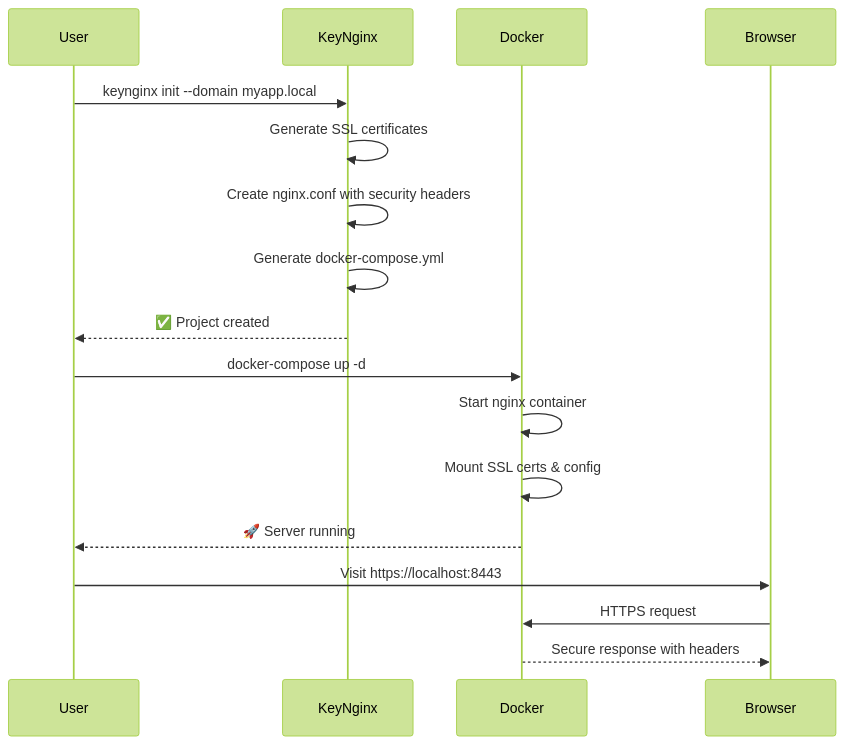
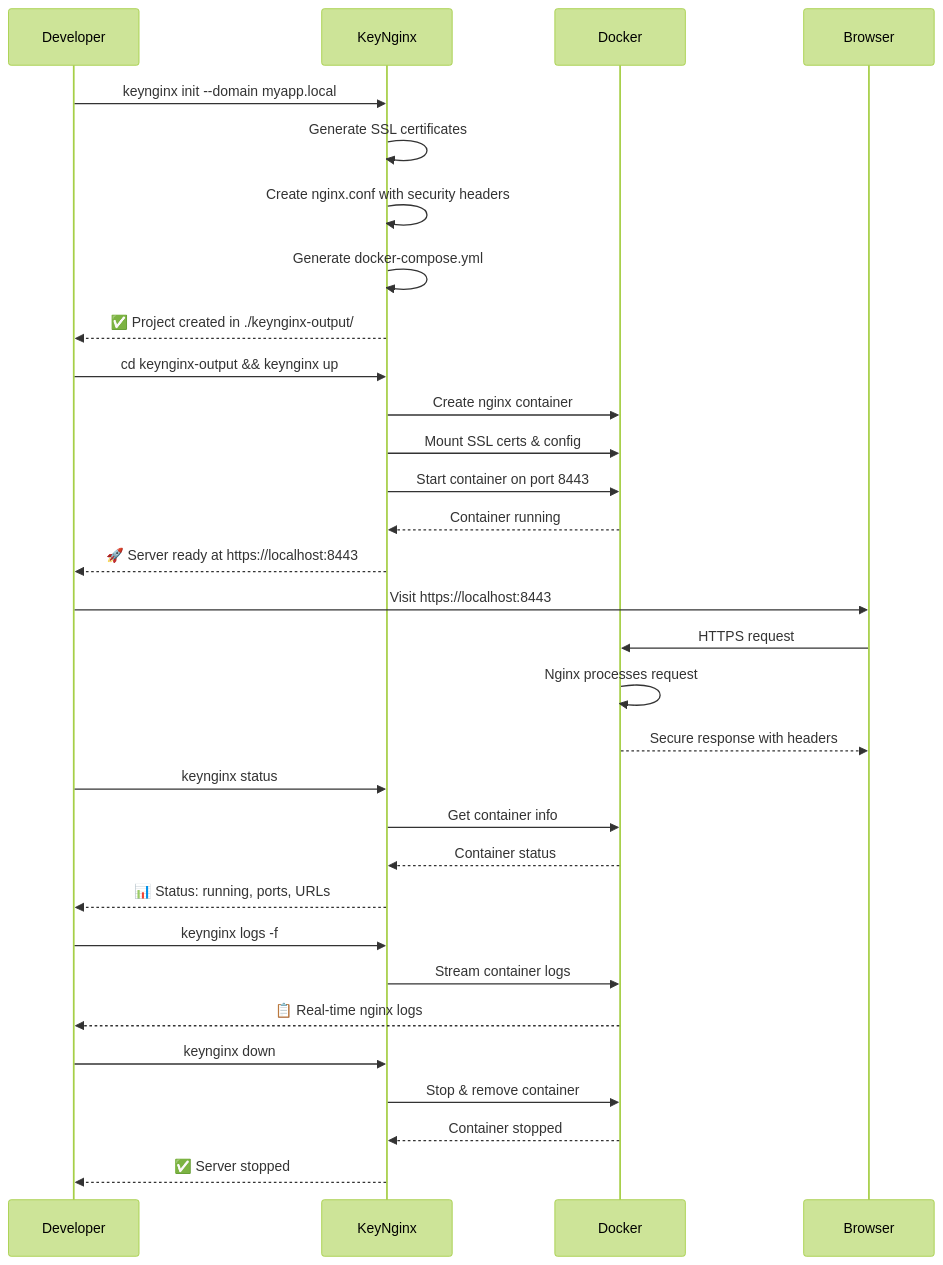
One commit to sinhaparth5/keynginx changed the second of 2 diagrams in README.md. Above: the diagram before and after it, drawn with Mermaid (forest theme). The commit also changed other lines of this file, not shown here.

````diff
--- a/README.md
+++ b/README.md
@@ -161,22 +290,39 @@
 ```mermaid
 sequenceDiagram
-    participant User
+    participant Dev as Developer
     participant KeyNginx
     participant Docker
     participant Browser
     
-    User->>KeyNginx: keynginx init --domain myapp.local
+    Dev->>KeyNginx: keynginx init --domain myapp.local
     KeyNginx->>KeyNginx: Generate SSL certificates
     KeyNginx->>KeyNginx: Create nginx.conf with security headers
     KeyNginx->>KeyNginx: Generate docker-compose.yml
-    KeyNginx-->>User: ✅ Project created
+    KeyNginx-->>Dev: ✅ Project created in ./keynginx-output/
     
-    User->>Docker: docker-compose up -d
-    Docker->>Docker: Start nginx container
-    Docker->>Docker: Mount SSL certs & config
-    Docker-->>User: 🚀 Server running
+    Dev->>KeyNginx: cd keynginx-output && keynginx up
+    KeyNginx->>Docker: Create nginx container
+    KeyNginx->>Docker: Mount SSL certs & config
+    KeyNginx->>Docker: Start container on port 8443
+    Docker-->>KeyNginx: Container running
+    KeyNginx-->>Dev: 🚀 Server ready at https://localhost:8443
     
-    User->>Browser: Visit https://localhost:8443
+    Dev->>Browser: Visit https://localhost:8443
     Browser->>Docker: HTTPS request
+    Docker->>Docker: Nginx processes request
     Docker-->>Browser: Secure response with headers
+    
+    Dev->>KeyNginx: keynginx status
+    KeyNginx->>Docker: Get container info
+    Docker-->>KeyNginx: Container status
+    KeyNginx-->>Dev: 📊 Status: running, ports, URLs
+    
+    Dev->>KeyNginx: keynginx logs -f
+    KeyNginx->>Docker: Stream container logs
+    Docker-->>Dev: 📋 Real-time nginx logs
+    
+    Dev->>KeyNginx: keynginx down
+    KeyNginx->>Docker: Stop & remove container
+    Docker-->>KeyNginx: Container stopped
+    KeyNginx-->>Dev: ✅ Server stopped
 ```
````
